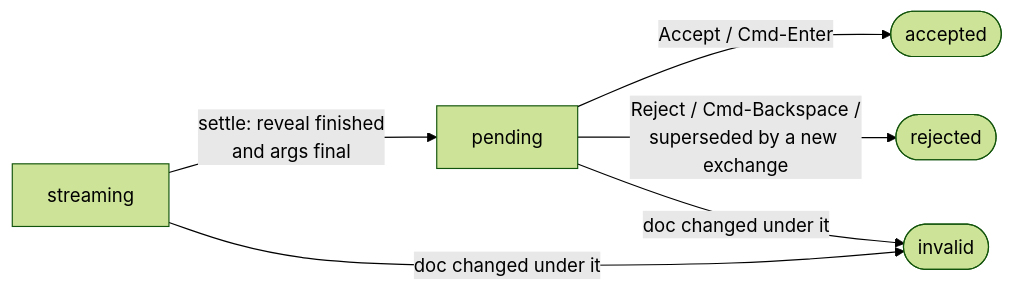
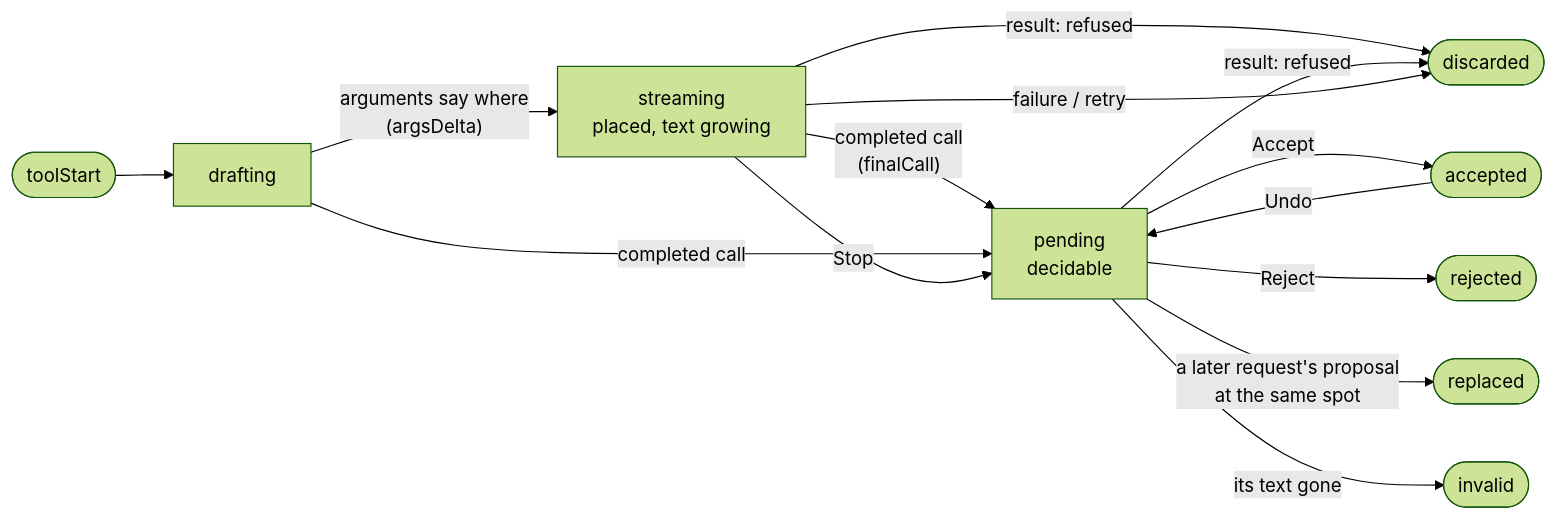
Before and after one commit to CatVinci-Studio/Textus: the diagram in docs/design/ai-proposals.md, drawn with Mermaid (forest theme). The commit also changed other lines of this file, not shown here.

First line of the commit message:
docs(design): the proposal lifecycle as one state machine

````diff
--- a/docs/design/ai-proposals.md
+++ b/docs/design/ai-proposals.md
@@ -129,8 +104,16 @@
 ```mermaid
 flowchart LR
-    S[streaming] -- "settle: reveal finished<br/>and args final" --> P[pending]
-    P -- "Accept / Cmd-Enter" --> A([accepted])
-    P -- "Reject / Cmd-Backspace /<br/>superseded by a new exchange" --> J([rejected])
-    P -- "doc changed under it" --> I([invalid])
-    S -- "doc changed under it" --> I
+    S([toolStart]) --> D[drafting]
+    D -- "arguments say where<br/>(argsDelta)" --> R[streaming<br/>placed, text growing]
+    R -- "completed call<br/>(finalCall)" --> P[pending<br/>decidable]
+    D -- "completed call" --> P
+    R -- "result: refused" --> X([discarded])
+    P -- "result: refused" --> X
+    R -- "Stop" --> P
+    R -- "failure / retry" --> X
+    P -- "Accept" --> A([accepted])
+    P -- "Reject" --> J([rejected])
+    P -- "a later request's proposal<br/>at the same spot" --> RP([replaced])
+    P -- "its text gone" --> I([invalid])
+    A -- "Undo" --> P
 ```
````
